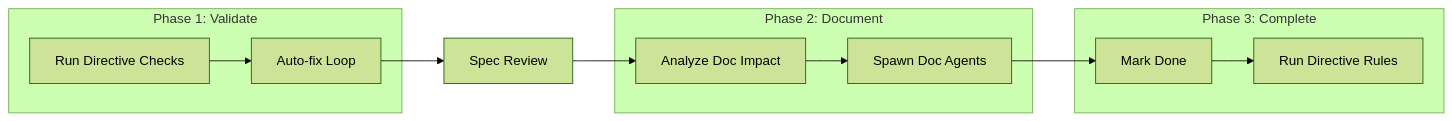
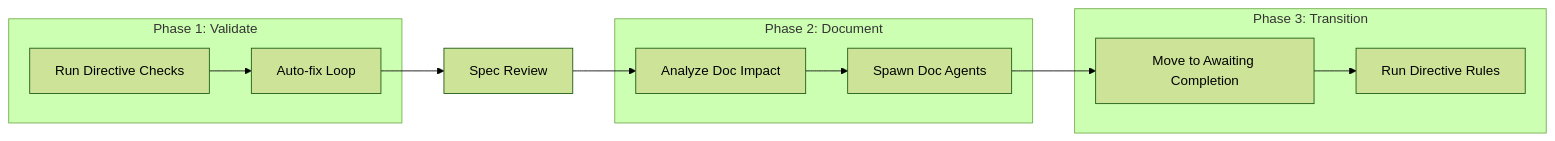
Before and after one commit to mattfletcher94/festinalente: the diagram in .festinalente/product/skills/finalize.md, drawn with Mermaid (forest theme). The commit also changed other lines of this file and 3 other files, not shown here.

````diff
--- a/.festinalente/product/skills/finalize.md
+++ b/.festinalente/product/skills/finalize.md
@@ -29,24 +29,24 @@
 ```mermaid
 flowchart LR
     subgraph "Phase 1: Validate"
         Checks[Run Directive Checks]
         Fix[Auto-fix Loop]
     end
 
     subgraph "Phase 2: Document"
         Analyze[Analyze Doc Impact]
         Agents[Spawn Doc Agents]
     end
 
-    subgraph "Phase 3: Complete"
-        Done[Mark Done]
+    subgraph "Phase 3: Transition"
+        Await[Move to Awaiting Completion]
         Directives[Run Directive Rules]
     end
 
     Checks --> Fix
     Fix --> Review[Spec Review]
     Review --> Analyze
     Analyze --> Agents
-    Agents --> Done
-    Done --> Directives
+    Agents --> Await
+    Await --> Directives
 ```
````
